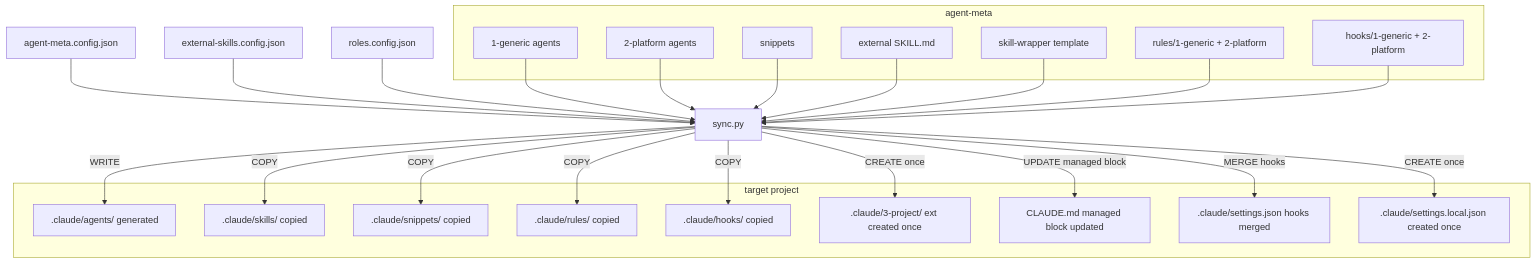
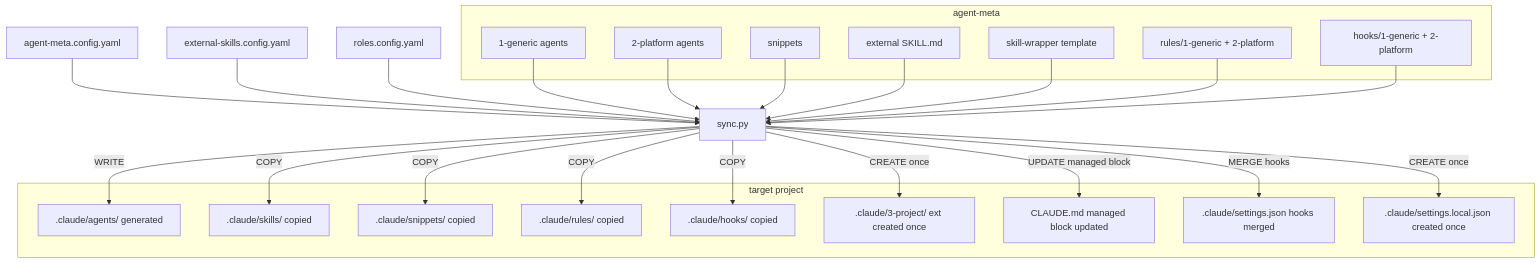
One commit to Popoboxxo/agent-meta changed the diagram in docs/architecture/02-sync-flow.md. Above: the diagram before and after it, drawn with Mermaid. The commit also changed other lines of this file and 32 other files, not shown here.

First line of the commit message:
feat: migrate config format from JSON to YAML

````diff
--- a/docs/architecture/02-sync-flow.md
+++ b/docs/architecture/02-sync-flow.md
@@ -5,50 +5,50 @@
 ```mermaid
 flowchart TD
-    CFG[agent-meta.config.json]
-    ECFG[external-skills.config.json]
-    RCFG[roles.config.json]
+    CFG[agent-meta.config.yaml]
+    ECFG[external-skills.config.yaml]
+    RCFG[roles.config.yaml]
     SYNC[sync.py]
 
     subgraph sources [agent-meta]
         G1[1-generic agents]
         G2[2-platform agents]
         SN[snippets]
         EX[external SKILL.md]
         WR[skill-wrapper template]
         RL[rules/1-generic + 2-platform]
         HK[hooks/1-generic + 2-platform]
     end
 
     subgraph target [target project]
         AG[.claude/agents/ generated]
         SK[.claude/skills/ copied]
         SNC[.claude/snippets/ copied]
         RLO[.claude/rules/ copied]
         HKO[.claude/hooks/ copied]
         EXT[.claude/3-project/ ext created once]
         CLA[CLAUDE.md managed block updated]
         SET[.claude/settings.json hooks merged]
         SETL[.claude/settings.local.json created once]
     end
 
     CFG --> SYNC
     ECFG --> SYNC
     RCFG --> SYNC
     G1 --> SYNC
     G2 --> SYNC
     SN --> SYNC
     EX --> SYNC
     WR --> SYNC
     RL --> SYNC
     HK --> SYNC
 
     SYNC -->|WRITE| AG
     SYNC -->|COPY| SNC
     SYNC -->|COPY| SK
     SYNC -->|COPY| RLO
     SYNC -->|COPY| HKO
     SYNC -->|CREATE once| EXT
     SYNC -->|UPDATE managed block| CLA
     SYNC -->|MERGE hooks| SET
     SYNC -->|CREATE once| SETL
 ```
````
